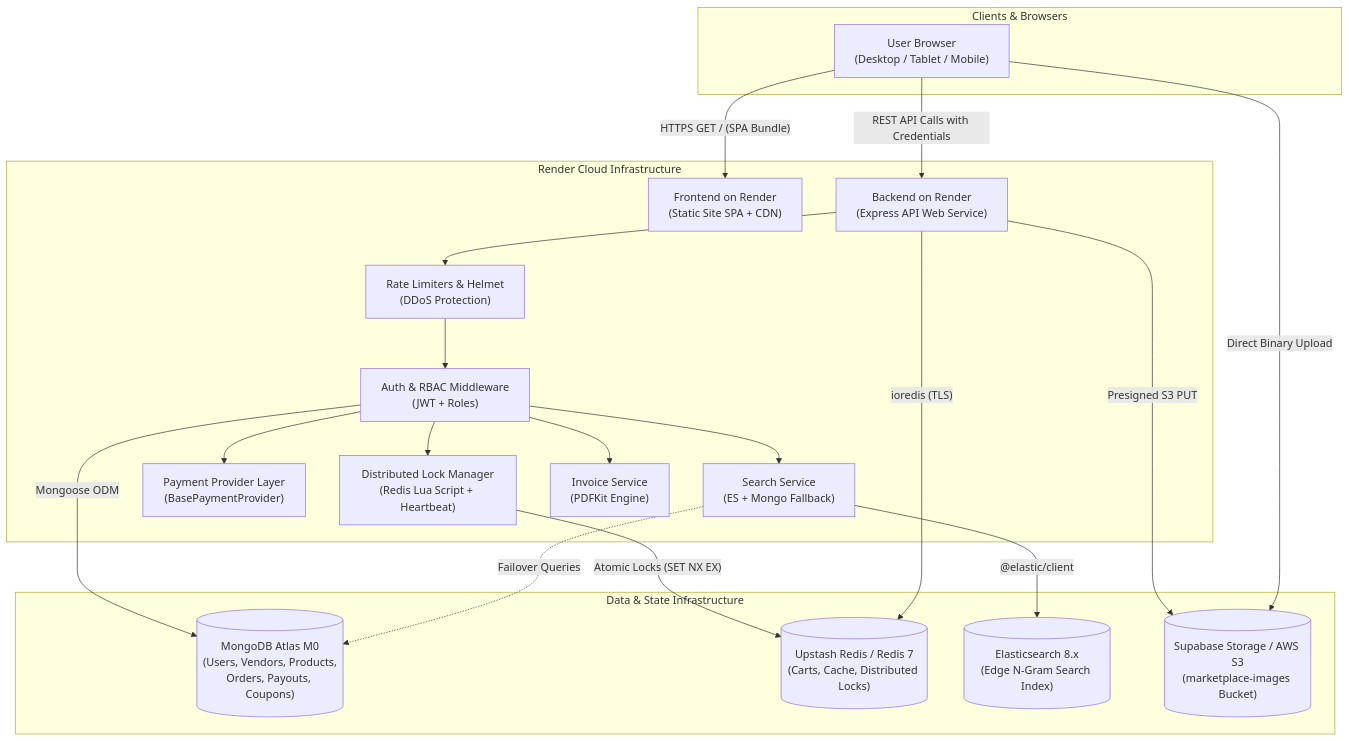
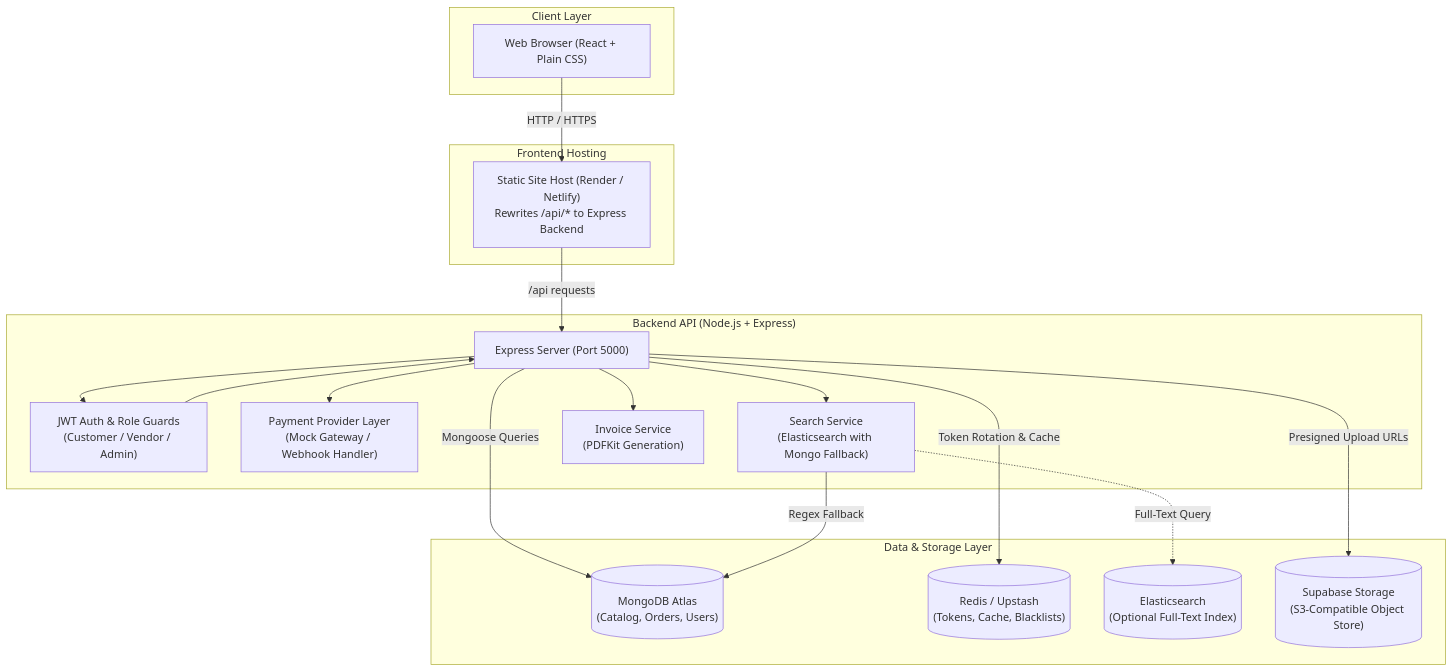
One commit to Itachi210-cmd/Internship-Submission changed the diagram in README.md. Above: the diagram before and after it, drawn with Mermaid. The commit also changed other lines of this file and 57 other files, not shown here.

````diff
--- a/README.md
+++ b/README.md
@@ -195,42 +147,40 @@
 ```mermaid
 flowchart TD
-    subgraph Clients["Clients & Browsers"]
-        Browser["User Browser<br/>(Desktop / Tablet / Mobile)"]
+    subgraph Client ["Client Layer"]
+        Browser["Web Browser (React + Plain CSS)"]
     end
 
-    subgraph RenderPlatform["Render Cloud Infrastructure"]
-        RenderFrontend["Frontend on Render<br/>(Static Site SPA + CDN)"]
-        Express["Backend on Render<br/>(Express API Web Service)"]
-        AuthMiddleware["Auth & RBAC Middleware<br/>(JWT + Roles)"]
-        RateLimiter["Rate Limiters & Helmet<br/>(DDoS Protection)"]
-        LockModule["Distributed Lock Manager<br/>(Redis Lua Script + Heartbeat)"]
-        PaymentModule["Payment Provider Layer<br/>(BasePaymentProvider)"]
-        SearchModule["Search Service<br/>(ES + Mongo Fallback)"]
-        PDFModule["Invoice Service<br/>(PDFKit Engine)"]
+    subgraph Hosting ["Frontend Hosting"]
+        StaticProxy["Static Site Host (Render / Netlify)\nRewrites /api/* to Express Backend"]
     end
 
-    subgraph Persistence["Data & State Infrastructure"]
-        Mongo[("MongoDB Atlas M0<br/>(Users, Vendors, Products,<br/>Orders, Payouts, Coupons)")]
-        Redis[("Upstash Redis / Redis 7<br/>(Carts, Cache, Distributed Locks)")]
-        Elastic[("Elasticsearch 8.x<br/>(Edge N-Gram Search Index)")]
-        Storage[("Supabase Storage / AWS S3<br/>(marketplace-images Bucket)")]
+    subgraph Backend ["Backend API (Node.js + Express)"]
+        API["Express Server (Port 5000)"]
+        AuthMiddleware["JWT Auth & Role Guards\n(Customer / Vendor / Admin)"]
+        PaymentService["Payment Provider Layer\n(Mock Gateway / Webhook Handler)"]
+        SearchService["Search Service\n(Elasticsearch with Mongo Fallback)"]
+        InvoiceService["Invoice Service\n(PDFKit Generation)"]
     end
 
-    Browser -->|"HTTPS GET / (SPA Bundle)"| RenderFrontend
-    Browser -->|"REST API Calls with Credentials"| Express
+    subgraph Data ["Data & Storage Layer"]
+        MongoDB[("MongoDB Atlas\n(Catalog, Orders, Users)")]
+        Redis[("Redis / Upstash\n(Tokens, Cache, Blacklists)")]
+        Elasticsearch[("Elasticsearch\n(Optional Full-Text Index)")]
+        Supabase[("Supabase Storage\n(S3-Compatible Object Store)")]
+    end
 
-    Express --> RateLimiter
-    RateLimiter --> AuthMiddleware
-    AuthMiddleware --> LockModule
-    AuthMiddleware --> PaymentModule
-    AuthMiddleware --> SearchModule
-    AuthMiddleware --> PDFModule
+    Browser -->|"HTTP / HTTPS"| StaticProxy
+    StaticProxy -->|"/api requests"| API
+    API --> AuthMiddleware
+    AuthMiddleware --> API
 
-    LockModule -->|"Atomic Locks (SET NX EX)"| Redis
-    AuthMiddleware -->|"Mongoose ODM"| Mongo
-    Express -->|"ioredis (TLS)"| Redis
-    SearchModule -->|"@elastic/client"| Elastic
-    SearchModule -.->|"Failover Queries"| Mongo
-    Express -->|"Presigned S3 PUT"| Storage
-    Browser -->|"Direct Binary Upload"| Storage
+    API --> SearchService
+    API --> PaymentService
+    API --> InvoiceService
+
+    API -->|"Mongoose Queries"| MongoDB
+    API -->|"Token Rotation & Cache"| Redis
+    SearchService -.->|"Full-Text Query"| Elasticsearch
+    SearchService -->|"Regex Fallback"| MongoDB
+    API -->|"Presigned Upload URLs"| Supabase
 ```
````
